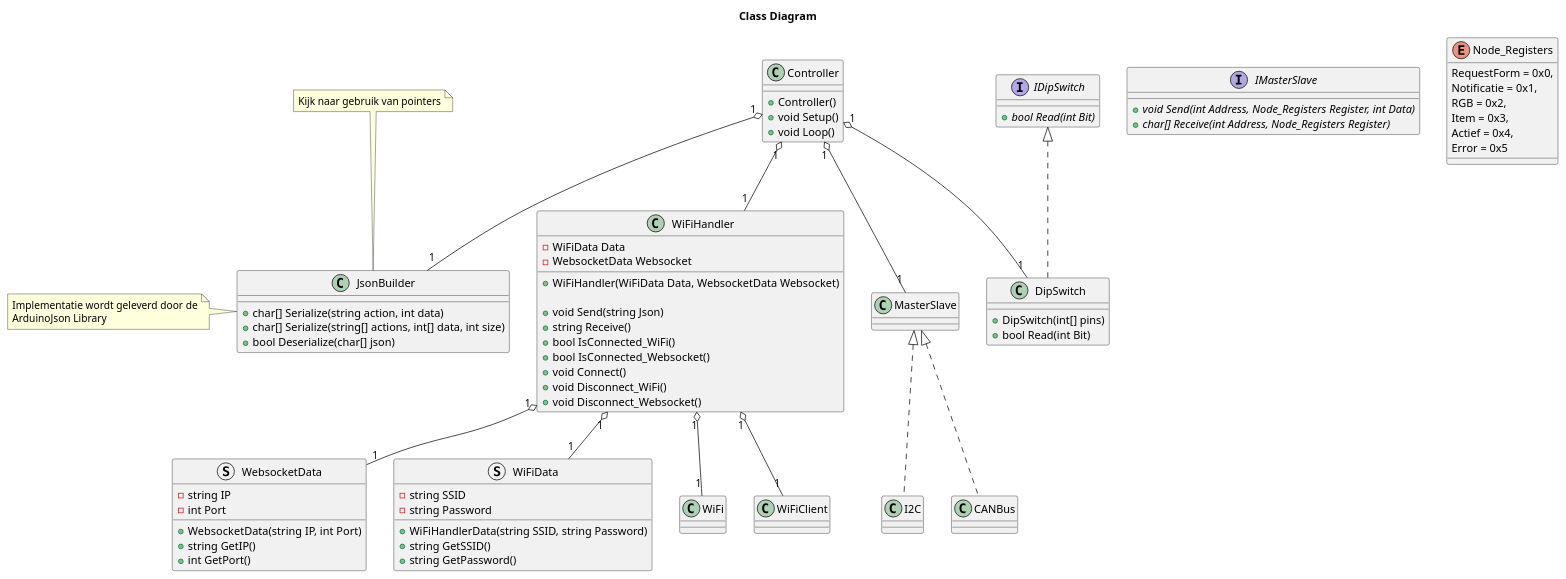
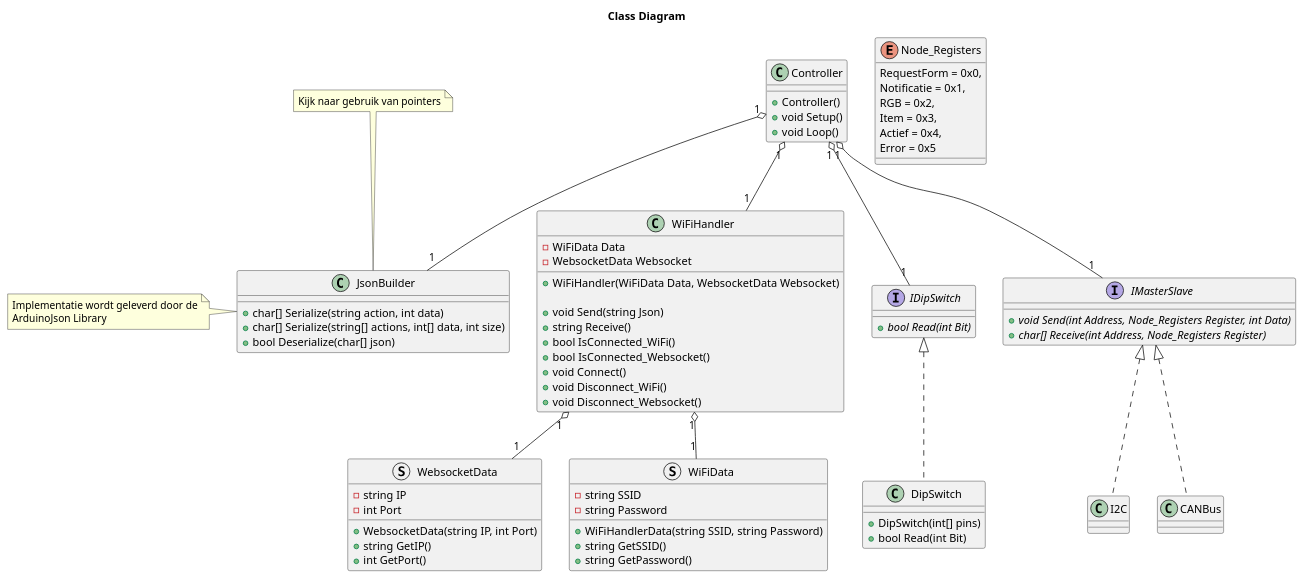
One commit to T3-FindIt/FindIt changed the diagram in Designs/ESP-32/Design.wsd. Above: the diagram before and after it, drawn with PlantUML.

Commit message:
Hardware Abstraction

```diff
--- a/Designs/ESP-32/Design.wsd
+++ b/Designs/ESP-32/Design.wsd
@@ -1,113 +1,113 @@
 @startuml ClassDiagram
 Title Class Diagram
 
 Class Controller
 {
     {method} + Controller()
     {method} + void Setup()
     {method} + void Loop()
 }
 
 Class WiFiHandler
 {
     {field} - WiFiData Data
     {field} - WebsocketData Websocket
 
     {method} + WiFiHandler(WiFiData Data, WebsocketData Websocket)
 
     {method} + void Send(string Json)
     {method} + string Receive()
     {method} + bool IsConnected_WiFi()
     {method} + bool IsConnected_Websocket()
     {method} + void Connect()
     {method} + void Disconnect_WiFi()
     {method} + void Disconnect_Websocket()
 }
 
 Struct WebsocketData
 {
     {field} - string IP
     {field} - int Port
 
     {method} + WebsocketData(string IP, int Port)
     {method} + string GetIP()
     {method} + int GetPort()
 }
 
 Struct WiFiData
 {
     {field} - string SSID
     {field} - string Password
 
     {method} + WiFiHandlerData(string SSID, string Password)
     {method} + string GetSSID()
     {method} + string GetPassword()
 }
 
 Interface IDipSwitch
 {
     {abstract} + bool Read(int Bit)
 }
 
 class DipSwitch
 {
     {method} + DipSwitch(int[] pins)
     {method} + bool Read(int Bit)
 }
 
 
 Interface IMasterSlave
 {
     {abstract} + void Send(int Address, Node_Registers Register, int Data)
     {abstract} + char[] Receive(int Address, Node_Registers Register)
 }
 
 enum Node_Registers
 {
     RequestForm = 0x0,
     Notificatie = 0x1,
     RGB = 0x2,
     Item = 0x3,
     Actief = 0x4,
     Error = 0x5
 }
 
 class I2C
 {
     ' {field} - int Address
     ' {field} - int[] KnownAddresses
     ' {method} + I2C_Controller(int Address)
     ' {method} + void Scan()
     ' {method} + void Send(int Address, Node_Registers Register, int Data)
     ' {method} + char[] Receive(int Address, Node_Registers Register)
 }
 
 Class JsonBuilder
 {
     {method} + char[] Serialize(string action, int data)
     {method} + char[] Serialize(string[] actions, int[] data, int size)
     {method} + bool Deserialize(char[] json)
 }
 
 note left of JsonBuilder : Implementatie wordt geleverd door de\nArduinoJson Library
 note top of JsonBuilder : Kijk naar gebruik van pointers
 
 ' EMPTY CLASSES
 Class CANBus
 ' END OF EMPYY CLASSES 
 
-MasterSlave <|.. I2C
-MasterSlave <|.. CANBus
+IMasterSlave <|.. I2C
+IMasterSlave <|.. CANBus
 IDipSwitch <|.. DipSwitch
 
 Controller "1" o-- "1" WiFiHandler
-Controller "1" o-- "1" MasterSlave
+Controller "1" o-- "1" IMasterSlave
 Controller "1" o-- "1" JsonBuilder
-Controller "1" o-down- "1" DipSwitch
+Controller "1" o-down- "1" IDipSwitch
 
 WiFiHandler "1" o-- "1" WiFiData
 WiFiHandler "1" o-- "1" WebsocketData
-WiFiHandler "1" o-- "1" WiFi
-WiFiHandler "1" o-- "1" WiFiClient
+
+' See if we should separate WebSocket & WiFi
 
 @enduml
```
